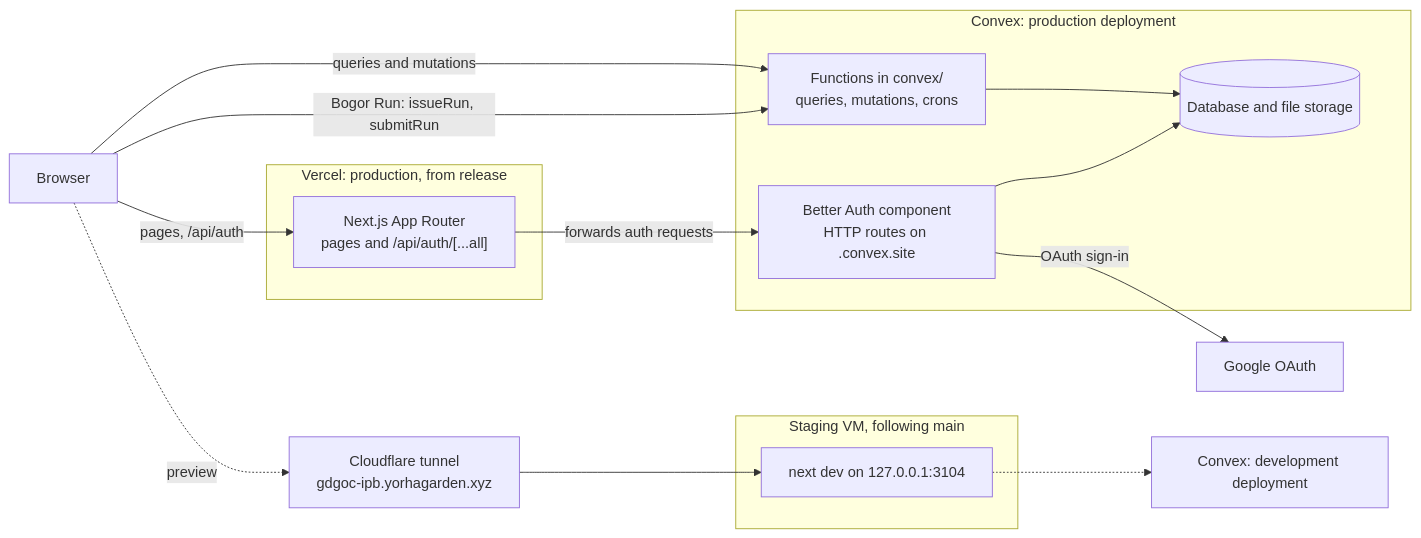
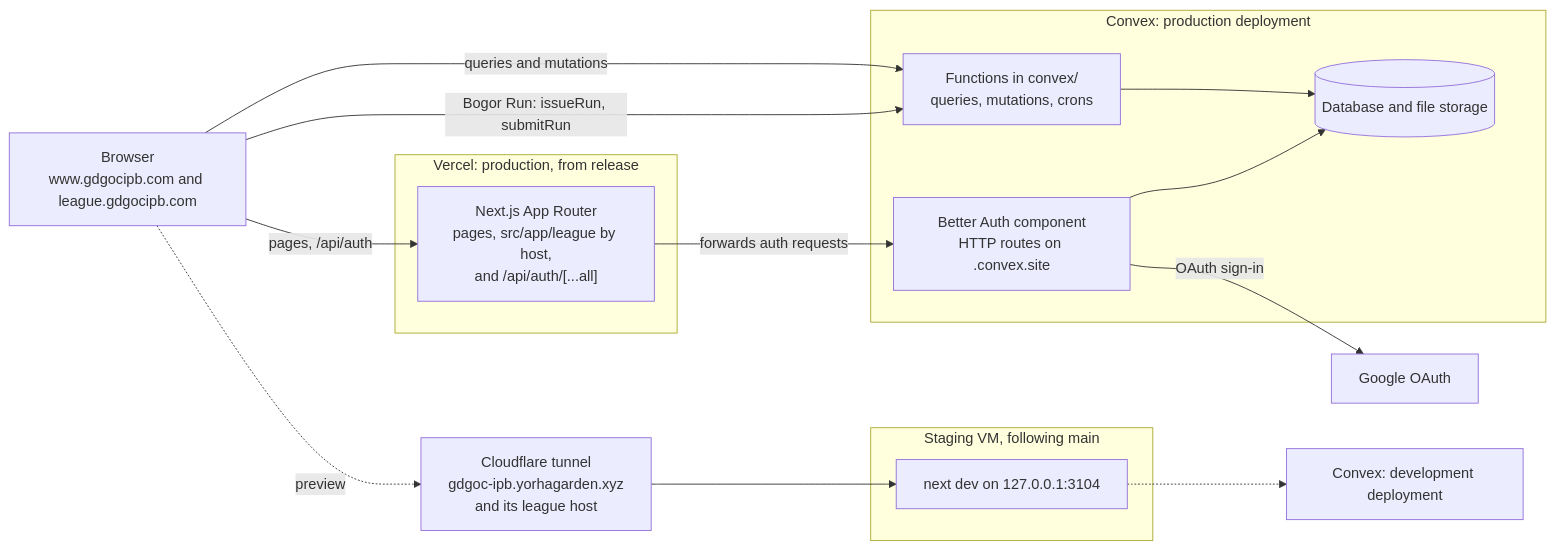
The diagram in docs/ARCHITECTURE.md (gdgoc-ipb-university/gdgoc-web), drawn with Mermaid before and after one commit. The commit also changed other lines of this file and 13 other files, not shown here.

First line of the commit message:
feat(program): league host routing and one login across both hosts (#179) (#184)

````diff
--- a/docs/ARCHITECTURE.md
+++ b/docs/ARCHITECTURE.md
@@ -5,31 +5,31 @@
 ```mermaid
 flowchart LR
-  browser["Browser"]
+  browser["Browser<br/>www.gdgocipb.com and league.gdgocipb.com"]
   google["Google OAuth"]
 
   subgraph vercel["Vercel: production, from release"]
-    next["Next.js App Router<br/>pages and /api/auth/[...all]"]
+    next["Next.js App Router<br/>pages, src/app/league by host,<br/>and /api/auth/[...all]"]
   end
 
   subgraph convex["Convex: production deployment"]
     fns["Functions in convex/<br/>queries, mutations, crons"]
     auth["Better Auth component<br/>HTTP routes on .convex.site"]
     db[("Database and file storage")]
   end
 
   subgraph staging["Staging VM, following main"]
     dev["next dev on 127.0.0.1:3104"]
   end
-  tunnel["Cloudflare tunnel<br/>gdgoc-ipb.yorhagarden.xyz"]
+  tunnel["Cloudflare tunnel<br/>gdgoc-ipb.yorhagarden.xyz<br/>and its league host"]
   convexdev["Convex: development deployment"]
 
   browser -- "pages, /api/auth" --> next
   next -- "forwards auth requests" --> auth
   auth -- "OAuth sign-in" --> google
   browser -- "queries and mutations" --> fns
   browser -- "Bogor Run: issueRun, submitRun" --> fns
   fns --> db
   auth --> db
   browser -. "preview" .-> tunnel --> dev
   dev -.-> convexdev
 ```
````
